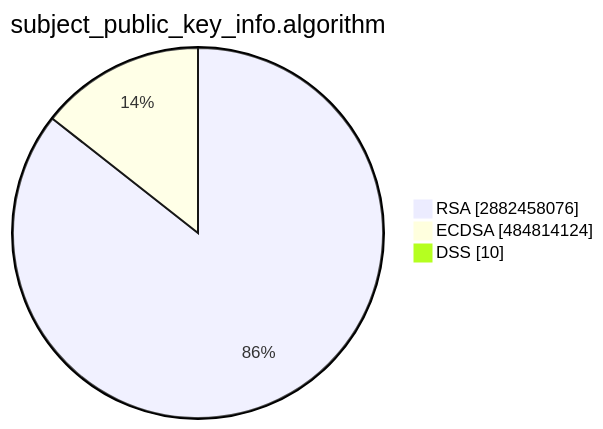
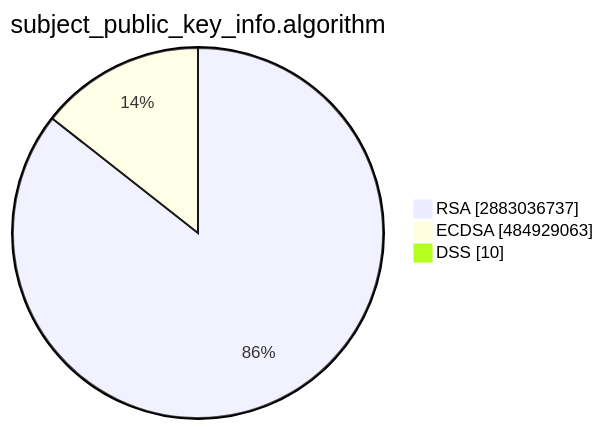
One commit to christiankrug/ctmonitor_visualization changed the second of 15 diagrams in TOTAL/README.md. Above: the diagram before and after it, drawn with Mermaid. The commit also changed other lines of this file, not shown here.

````diff
--- a/TOTAL/README.md
+++ b/TOTAL/README.md
@@ -6,7 +6,7 @@
 ```mermaid
 pie showData
 title subject_public_key_info.algorithm
-"RSA" :2882458076
-"ECDSA" :484814124
+"RSA" :2883036737
+"ECDSA" :484929063
 "DSS" :10
 ```
````
